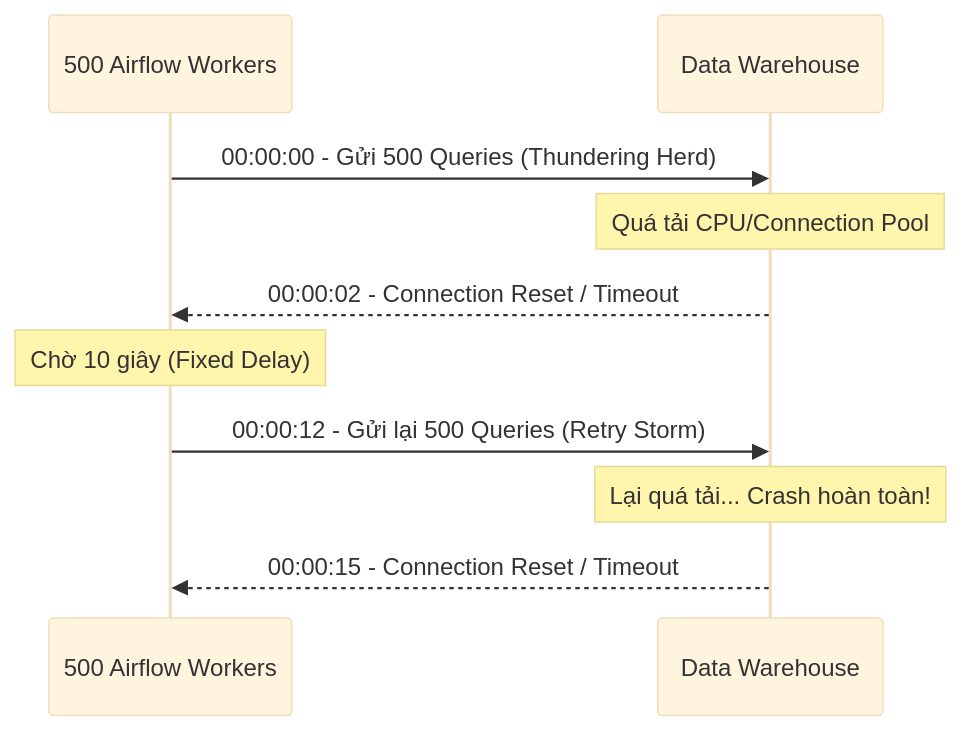
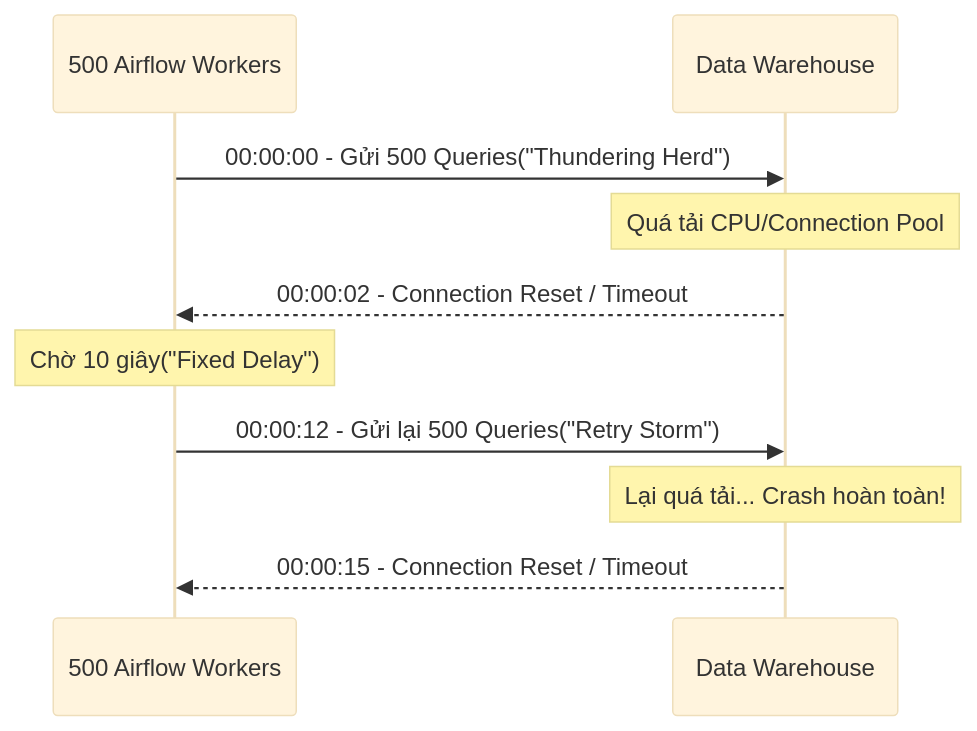
One commit to kythuatdulieu/kythuatdulieu.github.io changed the first of 2 diagrams in src/content/docs/concepts/7-dataops-orchestration-quality/retries-sla.md. Above: the diagram before and after it, drawn with Mermaid (base theme). The commit also changed other lines of this file and 190 other files, not shown here.

Commit message:
fix: resolve mermaid syntax, math rendering, and metadata issues from content rewrite

````diff
--- a/src/content/docs/concepts/7-dataops-orchestration-quality/retries-sla.md
+++ b/src/content/docs/concepts/7-dataops-orchestration-quality/retries-sla.md
@@ -25,15 +25,15 @@
 ```mermaid
 sequenceDiagram
     participant Workers as 500 Airflow Workers
     participant DB as Data Warehouse
     
-    Workers->>DB: 00:00:00 - Gửi 500 Queries (Thundering Herd)
+    Workers->>DB: 00:00:00 - Gửi 500 Queries("Thundering Herd")
     Note over DB: Quá tải CPU/Connection Pool
     DB-->>Workers: 00:00:02 - Connection Reset / Timeout
     
-    Note over Workers: Chờ 10 giây (Fixed Delay)
+    Note over Workers: Chờ 10 giây("Fixed Delay")
     
-    Workers->>DB: 00:00:12 - Gửi lại 500 Queries (Retry Storm)
+    Workers->>DB: 00:00:12 - Gửi lại 500 Queries("Retry Storm")
     Note over DB: Lại quá tải... Crash hoàn toàn!
     DB-->>Workers: 00:00:15 - Connection Reset / Timeout
 ```
````
